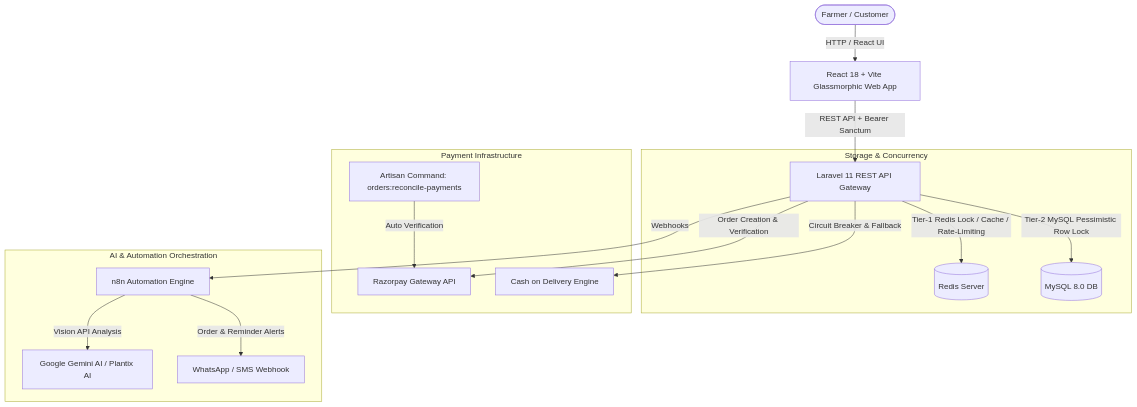
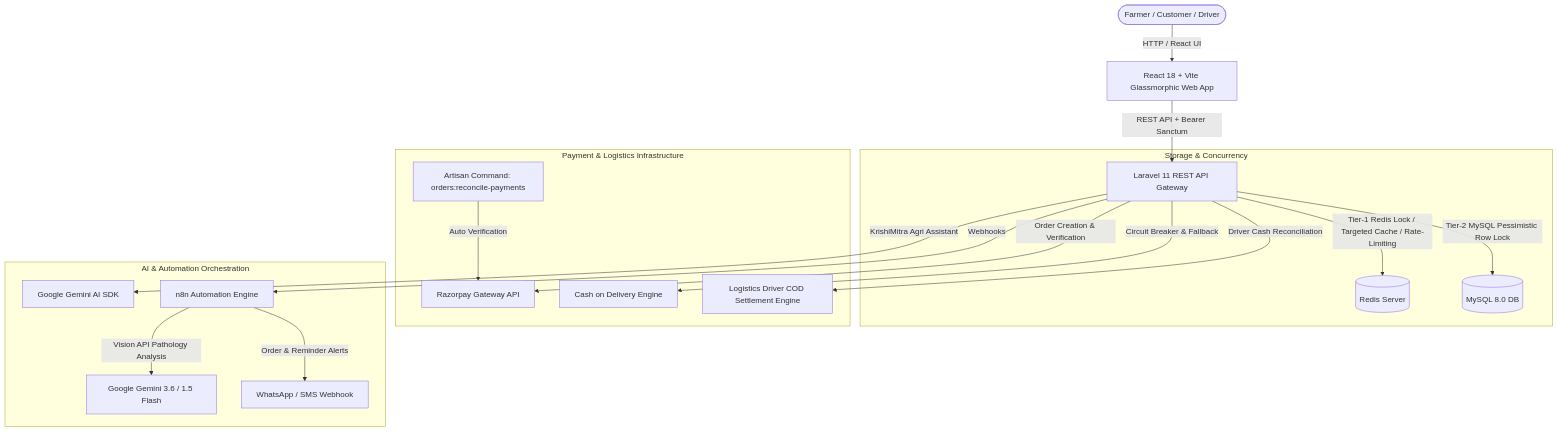
One commit to biswajitgitlab/fertilizer-shop changed the diagram in README.md. Above: the diagram before and after it, drawn with Mermaid. The commit also changed other lines of this file and 1 other file, not shown here.

Commit message:
feat: implement logistics driver settlement portal, Gemini AI integration, and enhanced inventory tracking with product batches and audit logging.

````diff
--- a/README.md
+++ b/README.md
@@ -30,22 +30,24 @@
 ```mermaid
 graph TD
-    User([Farmer / Customer]) -->|HTTP / React UI| Frontend[React 18 + Vite Glassmorphic Web App]
+    User([Farmer / Customer / Driver]) -->|HTTP / React UI| Frontend[React 18 + Vite Glassmorphic Web App]
     Frontend -->|REST API + Bearer Sanctum| API[Laravel 11 REST API Gateway]
     
     subgraph Storage & Concurrency
-        API -->|Tier-1 Redis Lock / Cache / Rate-Limiting| Redis[(Redis Server)]
+        API -->|Tier-1 Redis Lock / Targeted Cache / Rate-Limiting| Redis[(Redis Server)]
         API -->|Tier-2 MySQL Pessimistic Row Lock| DB[(MySQL 8.0 DB)]
     end
     
-    subgraph Payment Infrastructure
+    subgraph Payment & Logistics Infrastructure
         API -->|Order Creation & Verification| Razorpay[Razorpay Gateway API]
         API -->|Circuit Breaker & Fallback| COD[Cash on Delivery Engine]
+        API -->|Driver Cash Reconciliation| DriverSettlements[Logistics Driver COD Settlement Engine]
         CLI[Artisan Command: orders:reconcile-payments] -->|Auto Verification| Razorpay
     end
     
     subgraph AI & Automation Orchestration
+        API -->|KrishiMitra Agri Assistant| GeminiSDK[Google Gemini AI SDK]
         API -->|Webhooks| N8N[n8n Automation Engine]
-        N8N -->|Vision API Analysis| Gemini[Google Gemini AI / Plantix AI]
+        N8N -->|Vision API Pathology Analysis| Gemini[Google Gemini 3.6 / 1.5 Flash]
         N8N -->|Order & Reminder Alerts| WhatsApp[WhatsApp / SMS Webhook]
     end
 ```
````
